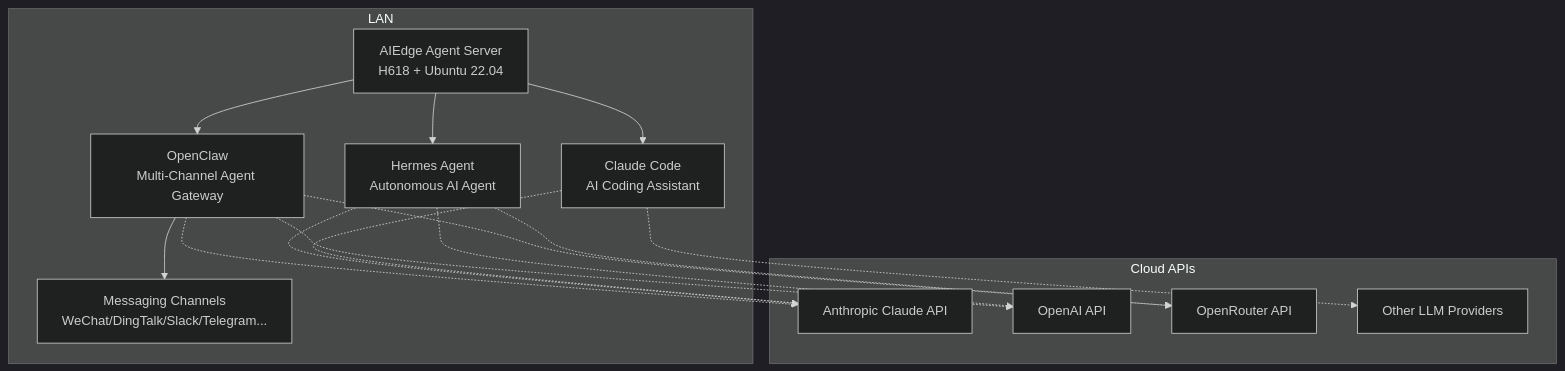
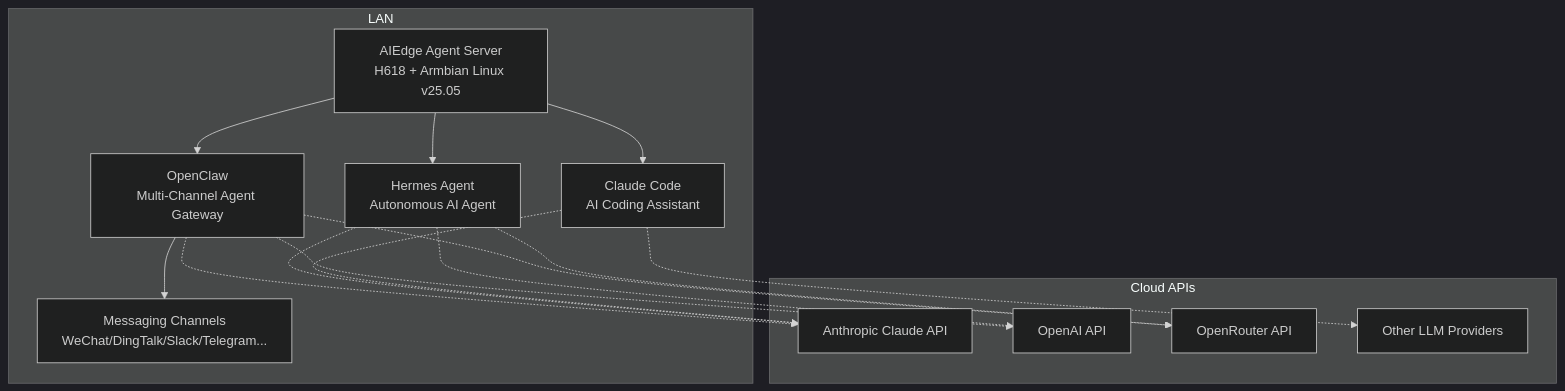
The diagram in docs/index.en.md (IntronBio/wiki), drawn with Mermaid (dark theme) before and after one commit. The commit also changed other lines of this file and 27 other files, not shown here.

````diff
--- a/docs/index.en.md
+++ b/docs/index.en.md
@@ -92,24 +92,24 @@
 ```mermaid
 graph TD
     subgraph LAN
-        A[AIEdge Agent Server<br/>H618 + Ubuntu 22.04]
+        A[AIEdge Agent Server<br/>H618 + Armbian Linux v25.05]
         A --> B[OpenClaw<br/>Multi-Channel Agent Gateway]
         A --> C[Hermes Agent<br/>Autonomous AI Agent]
         A --> D[Claude Code<br/>AI Coding Assistant]
         B --> E[Messaging Channels<br/>WeChat/DingTalk/Slack/Telegram...]
     end
     subgraph Cloud APIs
         F[Anthropic Claude API]
         G[OpenAI API]
         H[OpenRouter API]
         I[Other LLM Providers]
     end
     B -.-> F
     B -.-> G
     B -.-> H
     C -.-> F
     C -.-> G
     C -.-> H
     D -.-> F
     D -.-> I
 ```
````
